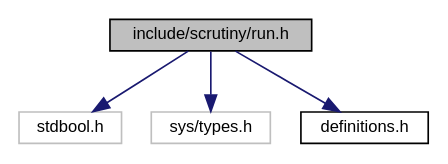
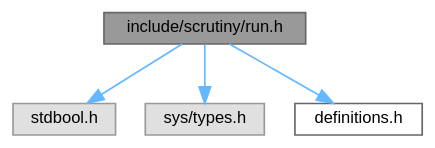
Before and after one commit to nickeldan/scrutiny: the diagram in docs/run_8h__incl.dot, drawn with Graphviz. The commit also changed 103 other files, not shown here.

```diff
--- a/docs/run_8h__incl.dot
+++ b/docs/run_8h__incl.dot
@@ -1,13 +1,14 @@
 digraph "include/scrutiny/run.h"
 {
  // LATEX_PDF_SIZE
-  edge [fontname="Helvetica",fontsize="10",labelfontname="Helvetica",labelfontsize="10"];
-  node [fontname="Helvetica",fontsize="10",shape=record];
-  Node1 [label="include/scrutiny/run.h",height=0.2,width=0.4,color="black", fillcolor="grey75", style="filled", fontcolor="black",tooltip="Defines the runner functionality."];
-  Node1 -> Node2 [color="midnightblue",fontsize="10",style="solid",fontname="Helvetica"];
-  Node2 [label="stdbool.h",height=0.2,width=0.4,color="grey75", fillcolor="white", style="filled",tooltip=" "];
-  Node1 -> Node3 [color="midnightblue",fontsize="10",style="solid",fontname="Helvetica"];
-  Node3 [label="sys/types.h",height=0.2,width=0.4,color="grey75", fillcolor="white", style="filled",tooltip=" "];
-  Node1 -> Node4 [color="midnightblue",fontsize="10",style="solid",fontname="Helvetica"];
-  Node4 [label="definitions.h",height=0.2,width=0.4,color="black", fillcolor="white", style="filled",URL="$definitions_8h_source.html",tooltip=" "];
+  bgcolor="transparent";
+  edge [fontname=Helvetica,fontsize=10,labelfontname=Helvetica,labelfontsize=10];
+  node [fontname=Helvetica,fontsize=10,shape=box,height=0.2,width=0.4];
+  Node1 [id="Node000001",label="include/scrutiny/run.h",height=0.2,width=0.4,color="gray40", fillcolor="grey60", style="filled", fontcolor="black",tooltip="Defines the runner functionality."];
+  Node1 -> Node2 [id="edge1_Node000001_Node000002",color="steelblue1",style="solid",tooltip=" "];
+  Node2 [id="Node000002",label="stdbool.h",height=0.2,width=0.4,color="grey60", fillcolor="#E0E0E0", style="filled",tooltip=" "];
+  Node1 -> Node3 [id="edge2_Node000001_Node000003",color="steelblue1",style="solid",tooltip=" "];
+  Node3 [id="Node000003",label="sys/types.h",height=0.2,width=0.4,color="grey60", fillcolor="#E0E0E0", style="filled",tooltip=" "];
+  Node1 -> Node4 [id="edge3_Node000001_Node000004",color="steelblue1",style="solid",tooltip=" "];
+  Node4 [id="Node000004",label="definitions.h",height=0.2,width=0.4,color="grey40", fillcolor="white", style="filled",URL="$definitions_8h_source.html",tooltip=" "];
 }
```
